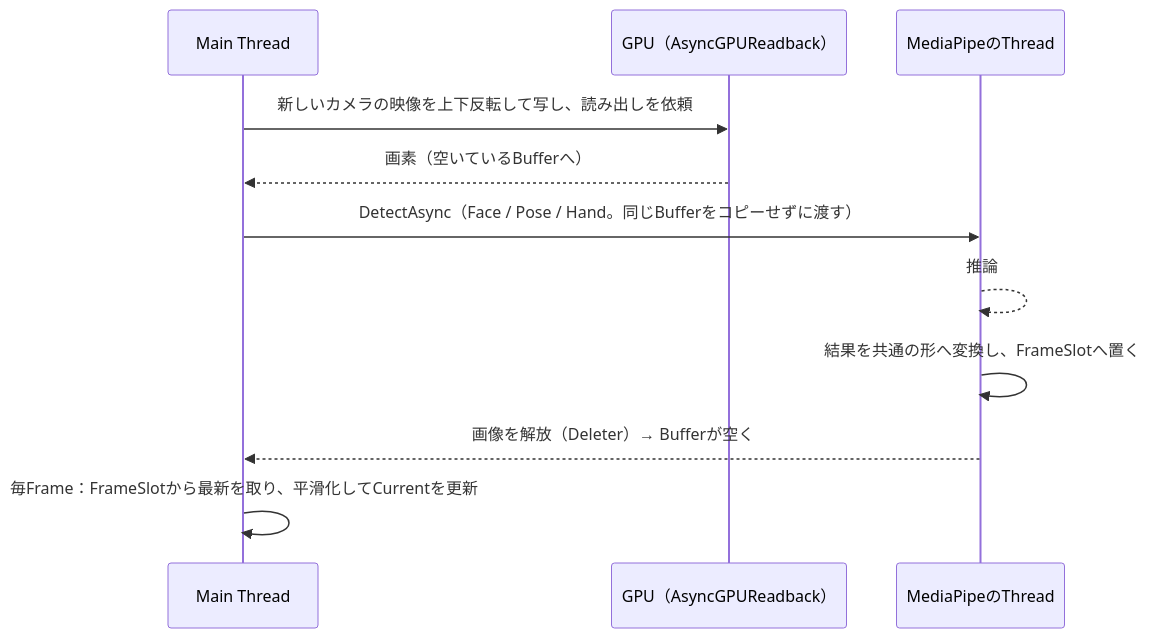
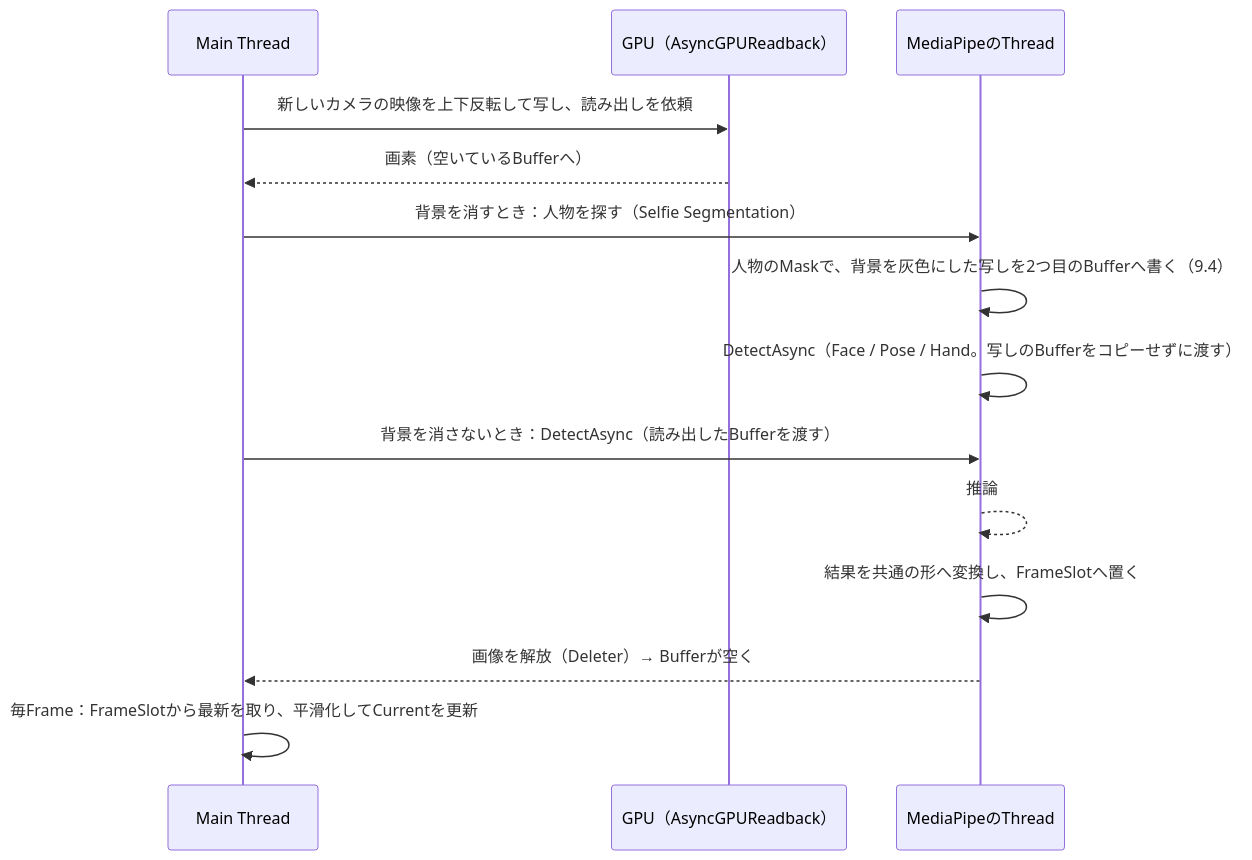
One commit to Yupopyoi/virtual-vessel-studio changed the second of 2 diagrams in docs/ja/detailed-design/tracking.md. Above: the diagram before and after it, drawn with Mermaid. The commit also changed other lines of this file and 5 other files, not shown here.

````diff
--- a/docs/ja/detailed-design/tracking.md
+++ b/docs/ja/detailed-design/tracking.md
@@ -368,14 +376,17 @@
 ```mermaid
 sequenceDiagram
     participant Main as Main Thread
     participant GPU as GPU（AsyncGPUReadback）
     participant MP as MediaPipeのThread
 
     Main->>GPU: 新しいカメラの映像を上下反転して写し、読み出しを依頼
     GPU-->>Main: 画素（空いているBufferへ）
-    Main->>MP: DetectAsync（Face / Pose / Hand。同じBufferをコピーせずに渡す）
+    Main->>MP: 背景を消すとき：人物を探す（Selfie Segmentation）
+    MP->>MP: 人物のMaskで、背景を灰色にした写しを2つ目のBufferへ書く（9.4）
+    MP->>MP: DetectAsync（Face / Pose / Hand。写しのBufferをコピーせずに渡す）
+    Main->>MP: 背景を消さないとき：DetectAsync（読み出したBufferを渡す）
     MP-->>MP: 推論
     MP->>MP: 結果を共通の形へ変換し、FrameSlotへ置く
     MP-->>Main: 画像を解放（Deleter）→ Bufferが空く
     Main->>Main: 毎Frame：FrameSlotから最新を取り、平滑化してCurrentを更新
 ```
````
